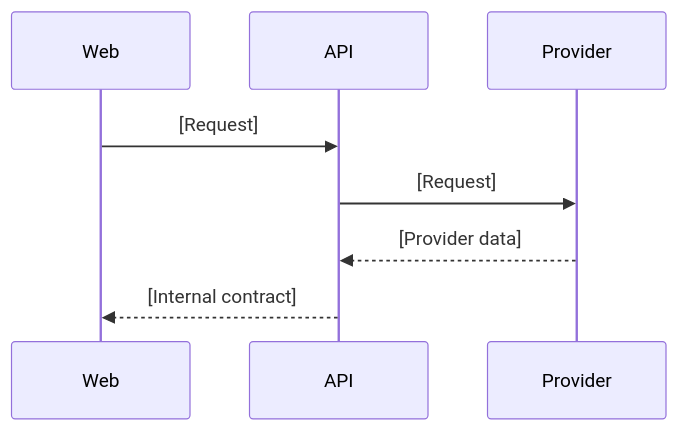
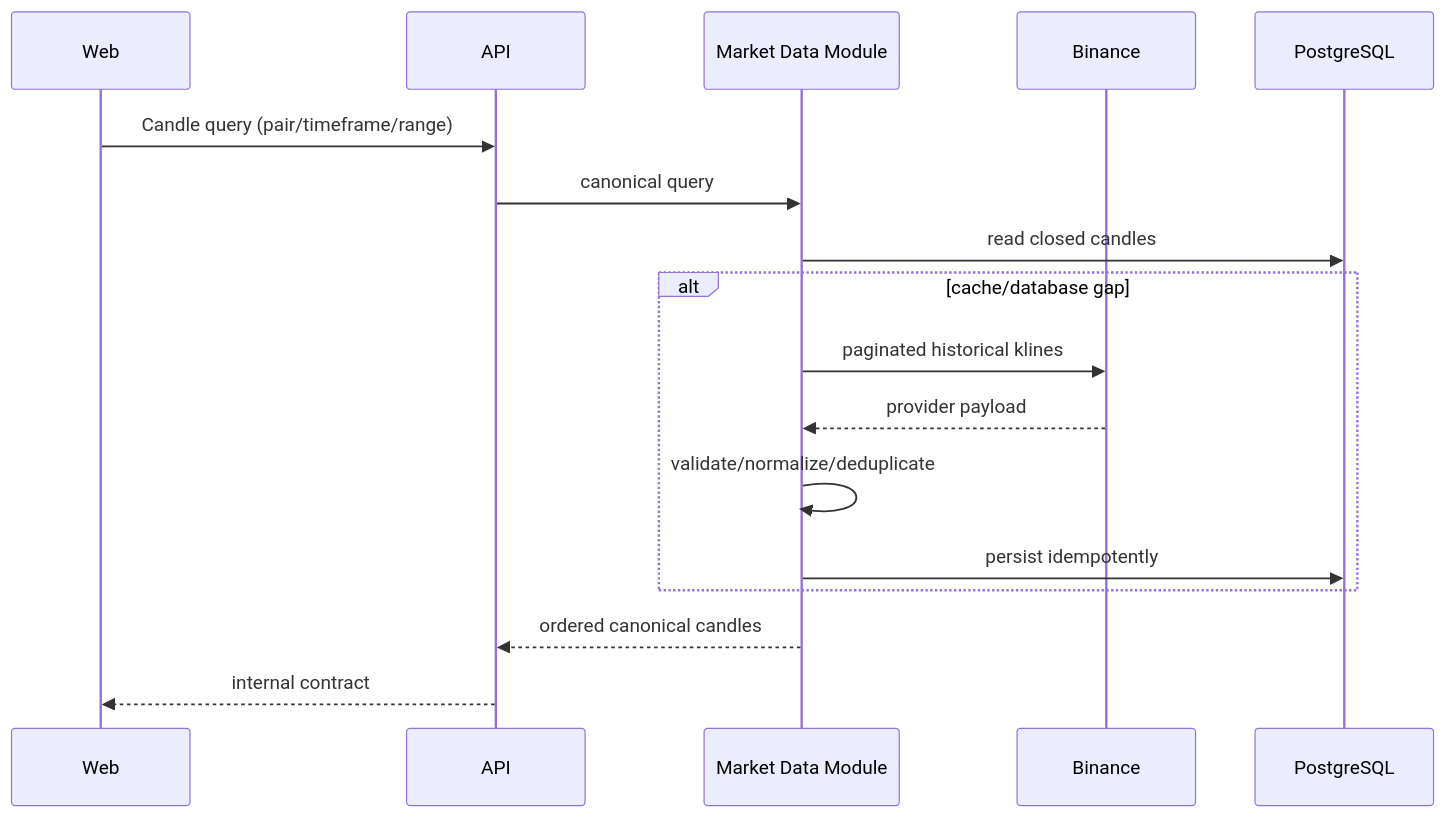
Before and after one commit to PhamVanMinhBinhThuan/crypto-strategy-platform: the first of 5 diagrams in docs/architecture/data-flows.md, drawn with Mermaid. The commit also changed other lines of this file and 31 other files, not shown here.

Commit message:
docs: complete architecture decisions and verification plan

````diff
--- a/docs/architecture/data-flows.md
+++ b/docs/architecture/data-flows.md
@@ -8,11 +9,19 @@
 ```mermaid
 sequenceDiagram
     participant Web
     participant API
-    participant Provider
-
-    Web->>API: [Request]
-    API->>Provider: [Request]
-    Provider-->>API: [Provider data]
-    API-->>Web: [Internal contract]
+    participant Market as Market Data Module
+    participant Binance
+    participant DB as PostgreSQL
+    Web->>API: Candle query (pair/timeframe/range)
+    API->>Market: canonical query
+    Market->>DB: read closed candles
+    alt cache/database gap
+        Market->>Binance: paginated historical klines
+        Binance-->>Market: provider payload
+        Market->>Market: validate/normalize/deduplicate
+        Market->>DB: persist idempotently
+    end
+    Market-->>API: ordered canonical candles
+    API-->>Web: internal contract
 ```
````
